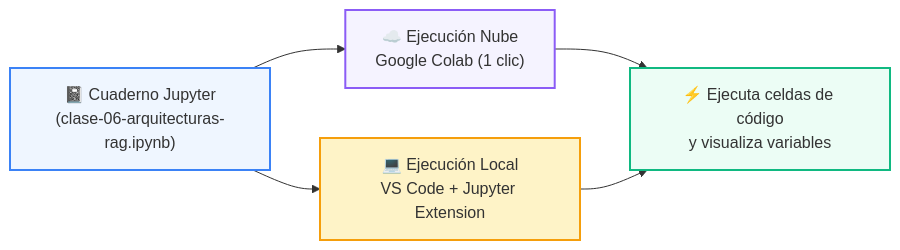
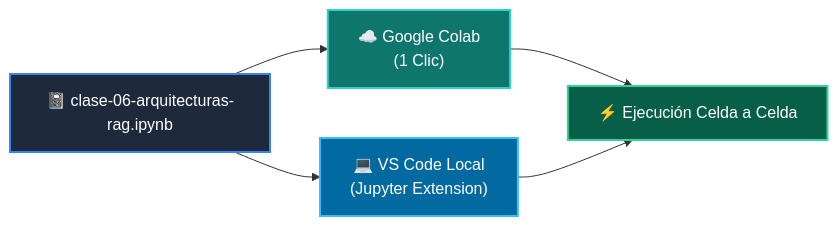
The diagram in 03-agentes-ia/clase-06-arquitecturas-rag/notebook/README.md (wisrovi/wisrovi-python), drawn with Mermaid before and after one commit. The commit also changed other lines of this file and 271 other files, not shown here.

Commit message:
docs: rewrite all README.md files with bespoke topic-specific Mermaid diagrams and remove repetitive boilerplate

````diff
--- a/03-agentes-ia/clase-06-arquitecturas-rag/notebook/README.md
+++ b/03-agentes-ia/clase-06-arquitecturas-rag/notebook/README.md
@@ -14,12 +12,12 @@
 ```mermaid
 flowchart LR
-    NB["📓 Cuaderno Jupyter<br/>(clase-06-arquitecturas-rag.ipynb)"] --> COLAB["☁️ Ejecución Nube<br/>Google Colab (1 clic)"]
-    NB --> LOCAL["💻 Ejecución Local<br/>VS Code + Jupyter Extension"]
-    COLAB --> RUN["⚡ Ejecuta celdas de código<br/>y visualiza variables"]
+    NB["📓 clase-06-arquitecturas-rag.ipynb"] --> COLAB["☁️ Google Colab<br/>(1 Clic)"]
+    NB --> LOCAL["💻 VS Code Local<br/>(Jupyter Extension)"]
+    COLAB --> RUN["⚡ Ejecución Celda a Celda"]
     LOCAL --> RUN
 
-    style NB fill:#eff6ff,stroke:#3b82f6,stroke-width:2px
-    style COLAB fill:#f5f3ff,stroke:#8b5cf6,stroke-width:2px
-    style LOCAL fill:#fef3c7,stroke:#f59e0b,stroke-width:2px
-    style RUN fill:#ecfdf5,stroke:#10b981,stroke-width:2px
+    style NB fill:#1e293b,color:#fff,stroke:#3b82f6,stroke-width:2px
+    style COLAB fill:#0f766e,color:#fff,stroke:#2dd4bf,stroke-width:2px
+    style LOCAL fill:#0369a1,color:#fff,stroke:#38bdf8,stroke-width:2px
+    style RUN fill:#065f46,color:#fff,stroke:#34d399,stroke-width:2px
 ```
````
